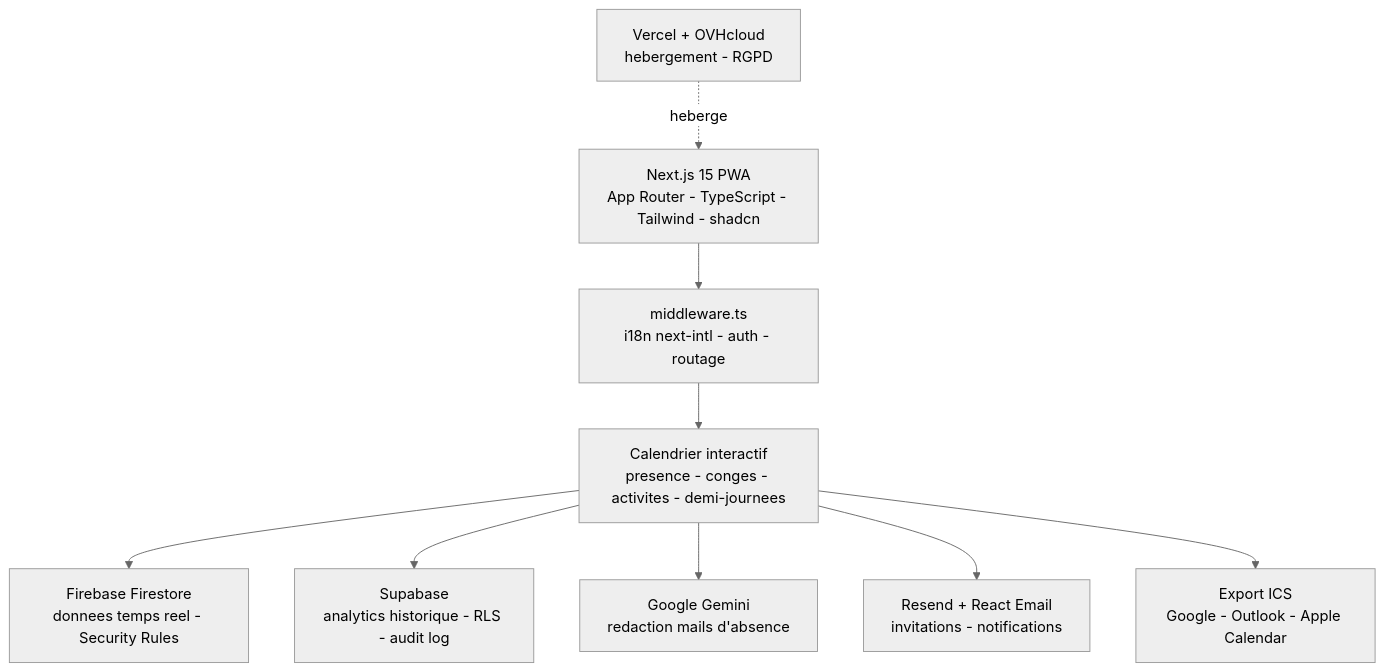
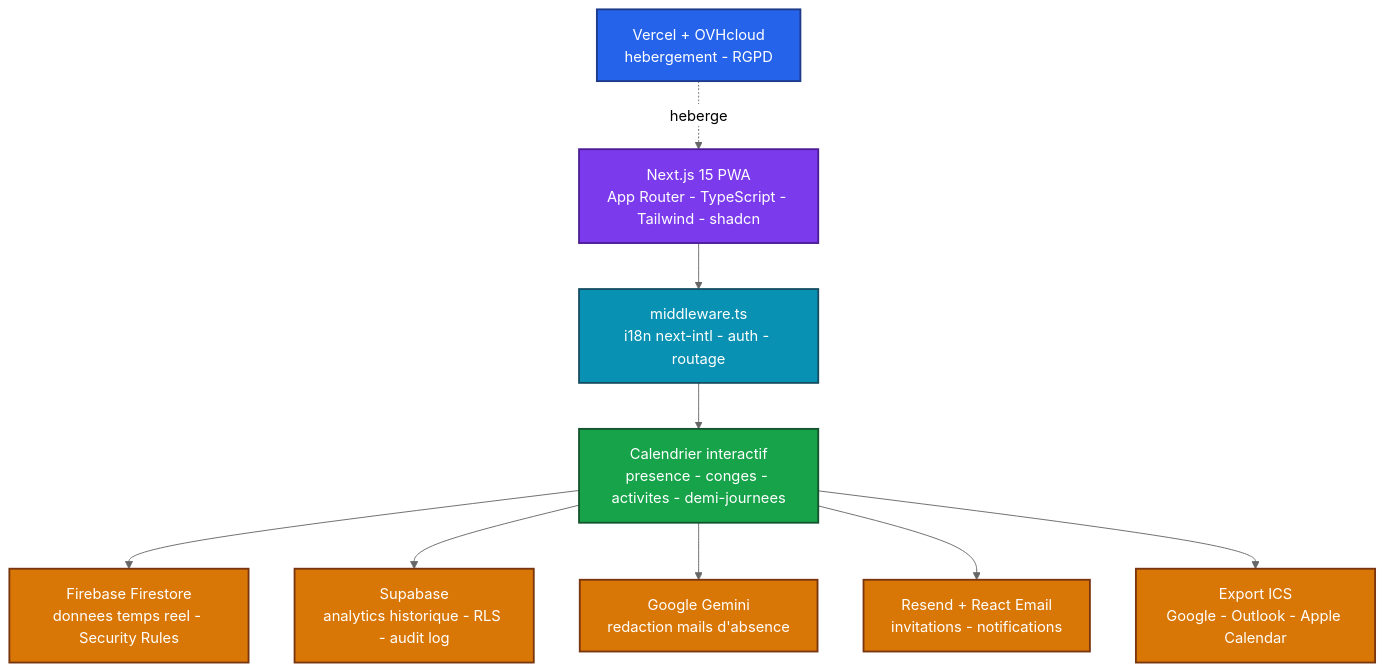
One commit to Adam-Blf/pgvplaning changed the diagram in README.md. Above: the diagram before and after it, drawn with Mermaid (neutral theme).

Commit message:
docs: add colors to mermaid diagrams (#4)
Each node gets a palette class (by subgraph or by flow depth), subgraphs are tinted, non-flowchart diagrams use a colored base theme. Validated by rendering every diagram before and after.

````diff
--- a/README.md
+++ b/README.md
@@ -32,20 +32,31 @@
 ```mermaid
 flowchart TB
     PWA["Next.js 15 PWA<br/>App Router - TypeScript - Tailwind - shadcn"]
     MW["middleware.ts<br/>i18n next-intl - auth - routage"]
     CAL["Calendrier interactif<br/>presence - conges - activites - demi-journees"]
     FIRE["Firebase Firestore<br/>donnees temps reel - Security Rules"]
     SUPA["Supabase<br/>analytics historique - RLS - audit log"]
     GEMINI["Google Gemini<br/>redaction mails d'absence"]
     EMAIL["Resend + React Email<br/>invitations - notifications"]
     ICS["Export ICS<br/>Google - Outlook - Apple Calendar"]
     HOST["Vercel + OVHcloud<br/>hebergement - RGPD"]
 
     PWA --> MW --> CAL
     CAL --> FIRE
     CAL --> SUPA
     CAL --> GEMINI
     CAL --> EMAIL
     CAL --> ICS
     HOST -.heberge.-> PWA
+
+    classDef c0 fill:#2563eb,stroke:#1e3a8a,stroke-width:2px,color:#ffffff
+    classDef c1 fill:#7c3aed,stroke:#4c1d95,stroke-width:2px,color:#ffffff
+    classDef c2 fill:#0891b2,stroke:#164e63,stroke-width:2px,color:#ffffff
+    classDef c3 fill:#16a34a,stroke:#14532d,stroke-width:2px,color:#ffffff
+    classDef c4 fill:#d97706,stroke:#78350f,stroke-width:2px,color:#ffffff
+    class HOST c0
+    class PWA,heberge c1
+    class MW c2
+    class CAL c3
+    class FIRE,SUPA,GEMINI,EMAIL,ICS c4
 ```
````
